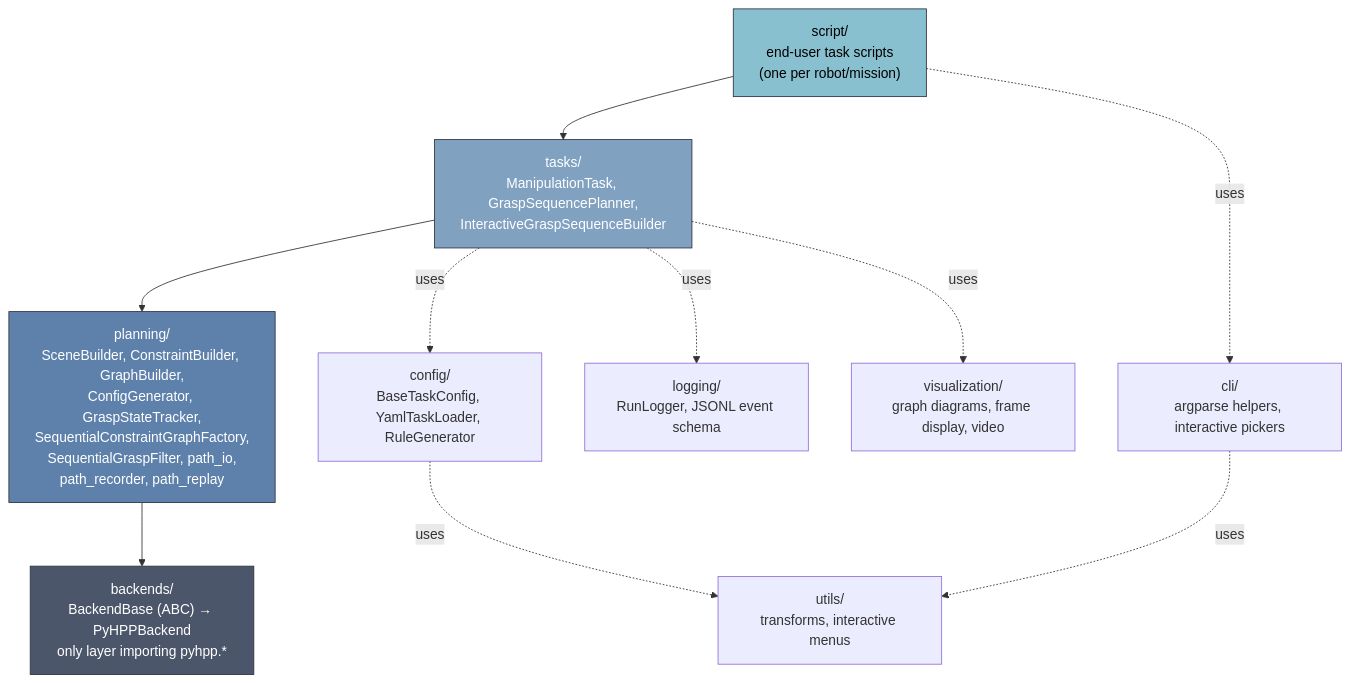
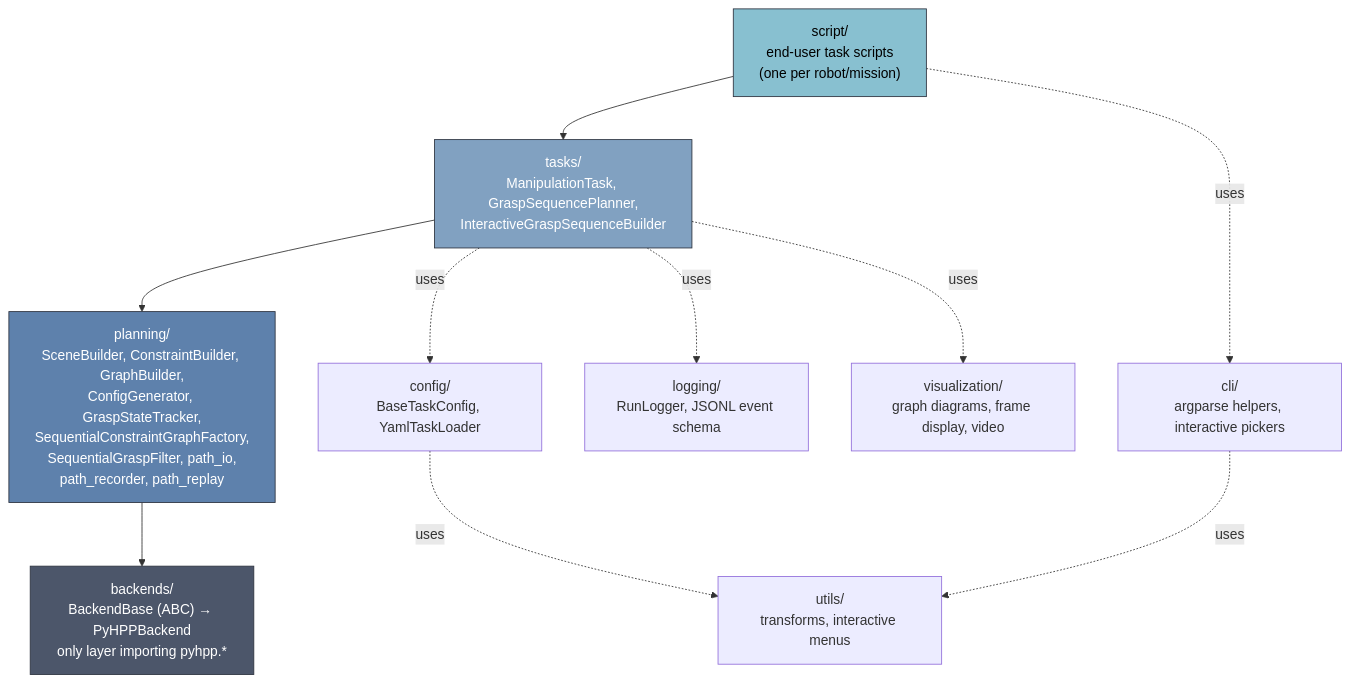
One commit to thanhndv212/long-tamp changed the first of 2 diagrams in ARCHITECTURE.md. Above: the diagram before and after it, drawn with Mermaid. The commit also changed other lines of this file and 3 other files, not shown here.

First line of the commit message:
refactor(config): remove dead RuleGenerator stub

````diff
--- a/ARCHITECTURE.md
+++ b/ARCHITECTURE.md
@@ -81,29 +81,29 @@
 ```mermaid
 flowchart TB
     script["script/<br/>end-user task scripts<br/>(one per robot/mission)"]
     tasks["tasks/<br/>ManipulationTask, GraspSequencePlanner,<br/>InteractiveGraspSequenceBuilder"]
     planning["planning/<br/>SceneBuilder, ConstraintBuilder, GraphBuilder,<br/>ConfigGenerator, GraspStateTracker,<br/>SequentialConstraintGraphFactory,<br/>SequentialGraspFilter, path_io,<br/>path_recorder, path_replay"]
     backends["backends/<br/>BackendBase (ABC) → PyHPPBackend<br/>only layer importing pyhpp.*"]
 
-    config["config/<br/>BaseTaskConfig, YamlTaskLoader, RuleGenerator"]
+    config["config/<br/>BaseTaskConfig, YamlTaskLoader"]
     logging_["logging/<br/>RunLogger, JSONL event schema"]
     viz["visualization/<br/>graph diagrams, frame display, video"]
     utils["utils/<br/>transforms, interactive menus"]
     cli["cli/<br/>argparse helpers, interactive pickers"]
 
     script --> tasks
     tasks --> planning
     planning --> backends
 
     tasks -.uses.-> config
     tasks -.uses.-> logging_
     tasks -.uses.-> viz
     script -.uses.-> cli
     cli -.uses.-> utils
     config -.uses.-> utils
 
     style backends fill:#4c566a,stroke:#2e3440,color:#fff
     style planning fill:#5e81ac,stroke:#2e3440,color:#fff
     style tasks fill:#81a1c1,stroke:#2e3440,color:#fff
     style script fill:#88c0d0,stroke:#2e3440,color:#000
 ```
````
